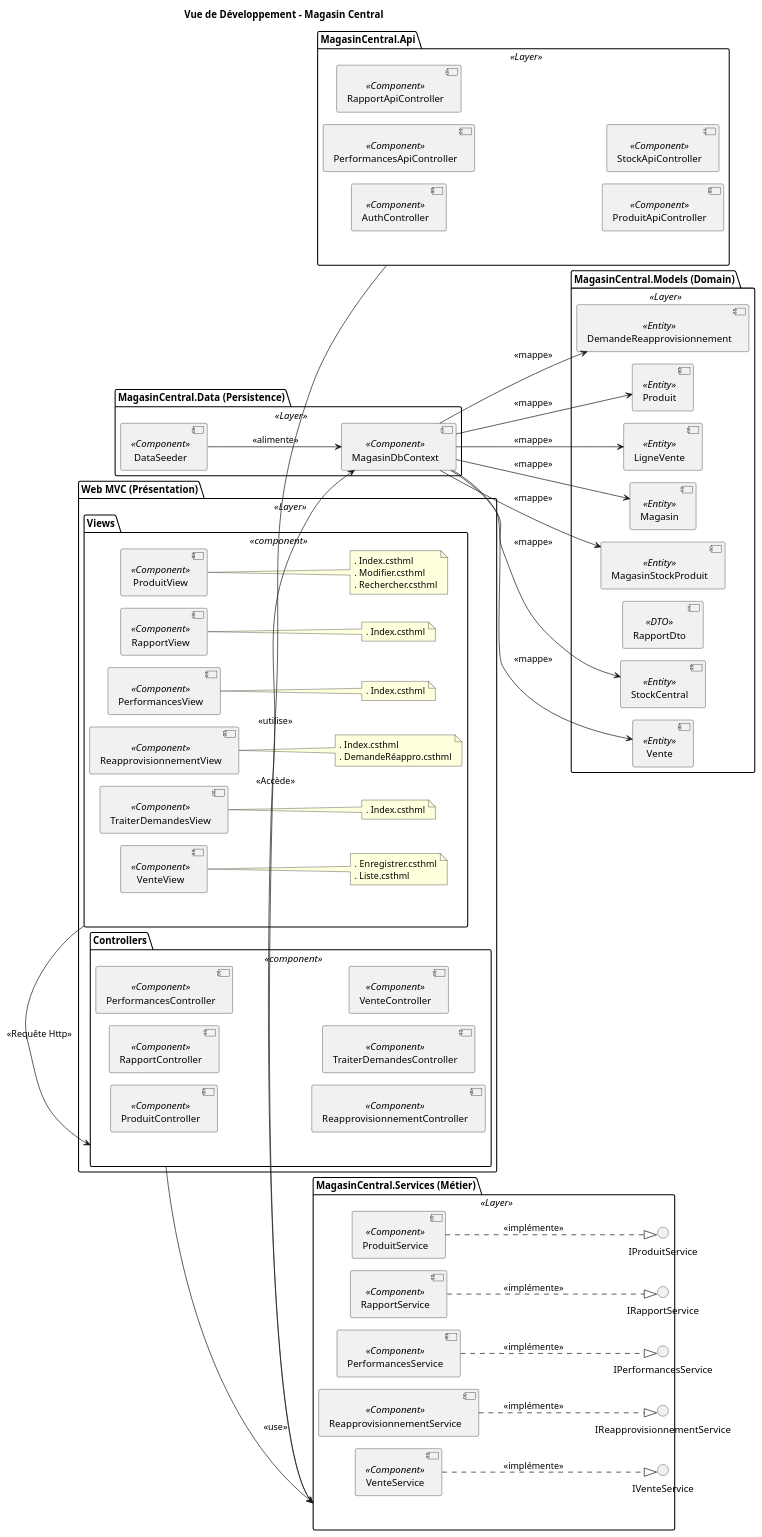
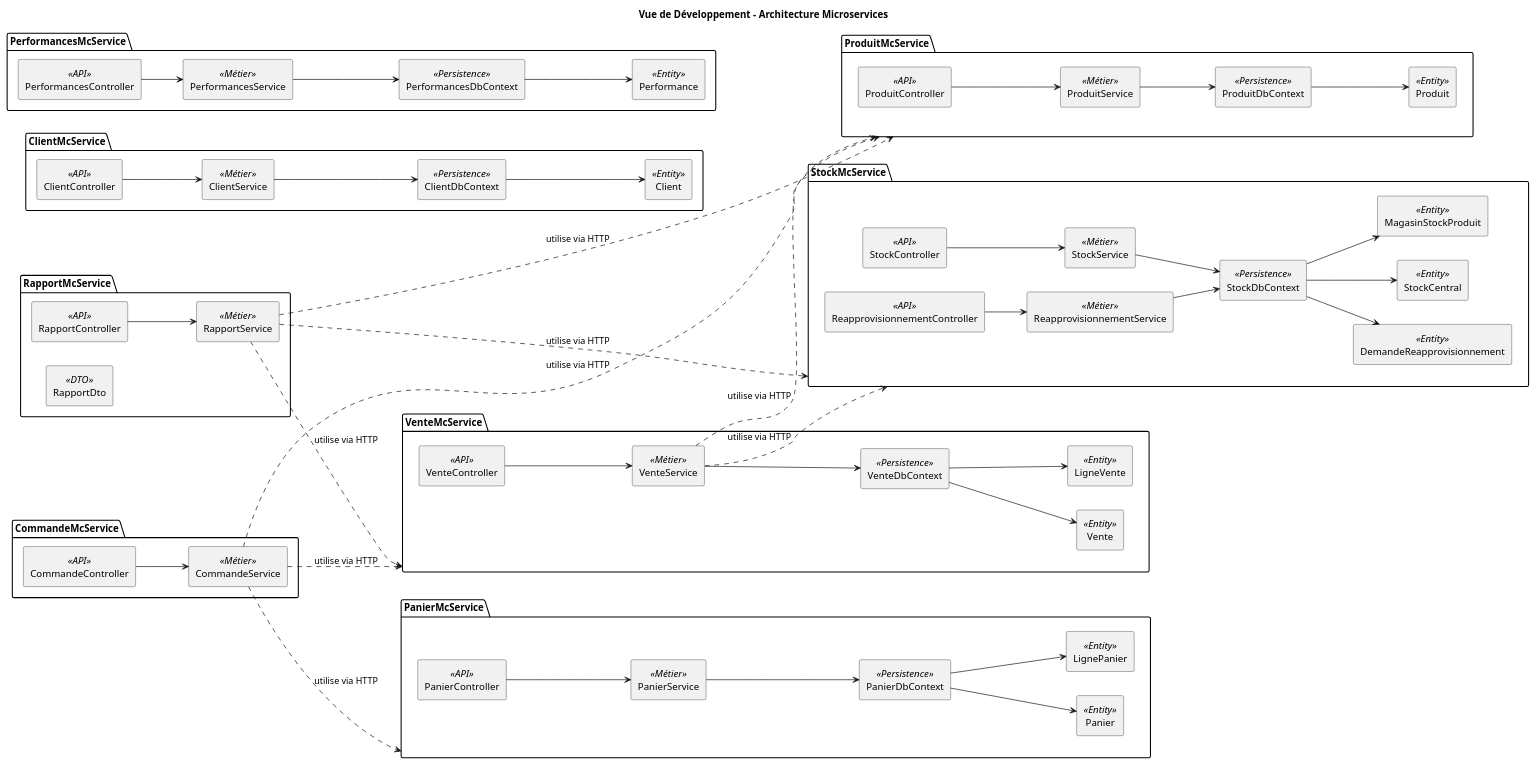
The diagram in docs/UML/Developpement/VueDevelopement.puml (itsahmed98/log430-lab3-magasinMVC-api), drawn with PlantUML before and after one commit. The commit also changed 27 other files, not shown here.

Commit message:
Faire les diagrammes 4+1

```diff
--- a/docs/UML/Developpement/VueDevelopement.puml
+++ b/docs/UML/Developpement/VueDevelopement.puml
@@ -1,118 +1,112 @@
-@startuml VueDéveloppement_MagasinCentral
-title Vue de Développement - Magasin Central
-!pragma layout smetana
+@startuml VueDeDéveloppement_Microservices
+title Vue de Développement - Architecture Microservices
+
 left to right direction
-
-skinparam component {
-  horizontalSpacing 40
-  verticalSpacing 30
-}
+skinparam componentStyle rectangle
 skinparam package {
-  padding 20
+  padding 15
 }
 
-package "Web MVC (Présentation)" as WebMVC <<Layer>> {
-  package "Views" as view <<component>> {
-    [ProduitView] <<Component>>
-      note right of [ProduitView]
-        . Index.csthml
-        . Modifier.csthml
-        . Rechercher.csthml
-      end note
-    [RapportView] <<Component>>
-      note right of [RapportView]
-        . Index.csthml
-      end note
-    [PerformancesView] <<Component>>
-      note right of [PerformancesView]
-        . Index.csthml
-      end note
-    [ReapprovisionnementView] <<Component>>
-      note right of [ReapprovisionnementView]
-        . Index.csthml
-        . DemandeRéappro.csthml
-      end note
-    [TraiterDemandesView] <<Component>>
-      note right of [TraiterDemandesView]
-        . Index.csthml
-      end note
-    [VenteView] <<Component>>
-      note right of [VenteView]
-        . Enregistrer.csthml
-        . Liste.csthml
-      end note
-  }
+package "ProduitMcService" {
+  [ProduitController] <<API>>
+  [ProduitService] <<Métier>>
+  [ProduitDbContext] <<Persistence>>
+  [Produit] <<Entity>>
 
-  package "Controllers" as controller <<component>> {
-    [ProduitController] <<Component>>
-    [RapportController] <<Component>>
-    [PerformancesController] <<Component>>
-    [ReapprovisionnementController] <<Component>>
-    [TraiterDemandesController] <<Component>>
-    [VenteController] <<Component>>
-  }
+  ProduitController --> ProduitService
+  ProduitService --> ProduitDbContext
+  ProduitDbContext --> Produit
 }
 
-package "MagasinCentral.Services (Métier)" as Services <<Layer>> {
-  interface IProduitService
-  interface IRapportService
-  interface IPerformancesService
-  interface IReapprovisionnementService
-  interface IVenteService
+package "VenteMcService" {
+  [VenteController] <<API>>
+  [VenteService] <<Métier>>
+  [VenteDbContext] <<Persistence>>
+  [Vente] <<Entity>>
+  [LigneVente] <<Entity>>
 
-  [ProduitService] <<Component>>
-  [RapportService] <<Component>>
-  [PerformancesService] <<Component>>
-  [ReapprovisionnementService] <<Component>>
-  [VenteService] <<Component>>
+  VenteController --> VenteService
+  VenteService --> VenteDbContext
+  VenteDbContext --> Vente
+  VenteDbContext --> LigneVente
 }
 
-package "MagasinCentral.Data (Persistence)" as Contexte <<Layer>> {
-  [MagasinDbContext] <<Component>>
-  [DataSeeder] <<Component>>
+package "StockMcService" {
+  [StockController] <<API>>
+  [ReapprovisionnementController] <<API>>
+  [StockService] <<Métier>>
+  [ReapprovisionnementService] <<Métier>>
+  [StockDbContext] <<Persistence>>
+  [StockCentral] <<Entity>>
+  [MagasinStockProduit] <<Entity>>
+  [DemandeReapprovisionnement] <<Entity>>
+
+  StockController --> StockService
+  ReapprovisionnementController --> ReapprovisionnementService
+  StockService --> StockDbContext
+  ReapprovisionnementService --> StockDbContext
+  StockDbContext --> StockCentral
+  StockDbContext --> MagasinStockProduit
+  StockDbContext --> DemandeReapprovisionnement
 }
 
-package "MagasinCentral.Models (Domain)" as Models <<Layer>> {
-  [DemandeReapprovisionnement] <<Entity>>
-  [Produit] <<Entity>>
-  [LigneVente] <<Entity>>
-  [Magasin] <<Entity>>
-  [MagasinStockProduit] <<Entity>>
-  [RapportDto] <<DTO>>
-  [StockCentral] <<Entity>>
-  [Vente] <<Entity>>
+package "ClientMcService" {
+  [ClientController] <<API>>
+  [ClientService] <<Métier>>
+  [ClientDbContext] <<Persistence>>
+  [Client] <<Entity>>
+
+  ClientController --> ClientService
+  ClientService --> ClientDbContext
+  ClientDbContext --> Client
 }
 
-package "MagasinCentral.Api" as API <<Layer>> {
-  [AuthController] <<Component>>
-  [PerformancesApiController] <<Component>>
-  [RapportApiController] <<Component>>
-  [ProduitApiController] <<Component>>
-  [StockApiController] <<Component>>
+package "PanierMcService" {
+  [PanierController] <<API>>
+  [PanierService] <<Métier>>
+  [PanierDbContext] <<Persistence>>
+  [Panier] <<Entity>>
+  [LignePanier] <<Entity>>
+
+  PanierController --> PanierService
+  PanierService --> PanierDbContext
+  PanierDbContext --> Panier
+  PanierDbContext --> LignePanier
 }
 
-controller --> Services : <<use>>
-view -> controller : <<Requête Http>>
+package "CommandeMcService" {
+  [CommandeController] <<API>>
+  [CommandeService] <<Métier>>
 
-[ProduitService] ..|> IProduitService : <<implémente>>
-[RapportService] ..|> IRapportService : <<implémente>>
-[PerformancesService] ..|> IPerformancesService : <<implémente>>
-[ReapprovisionnementService] ..|> IReapprovisionnementService : <<implémente>>
-[VenteService] ..|> IVenteService : <<implémente>>
+  CommandeController --> CommandeService
+  CommandeService ..> ProduitMcService : utilise via HTTP
+  CommandeService ..> PanierMcService : utilise via HTTP
+  CommandeService ..> VenteMcService : utilise via HTTP
+}
 
-Services -> MagasinDbContext : <<Accède>>
+package "RapportMcService" {
+  [RapportController] <<API>>
+  [RapportService] <<Métier>>
+  [RapportDto] <<DTO>>
 
-MagasinDbContext --> DemandeReapprovisionnement : <<mappe>>
-MagasinDbContext --> Produit : <<mappe>>
-MagasinDbContext --> LigneVente : <<mappe>>
-MagasinDbContext --> Magasin : <<mappe>>
-MagasinDbContext --> MagasinStockProduit : <<mappe>>
-MagasinDbContext --> StockCentral : <<mappe>>
-MagasinDbContext --> Vente : <<mappe>>
+  RapportController --> RapportService
+  RapportService ..> ProduitMcService : utilise via HTTP
+  RapportService ..> VenteMcService : utilise via HTTP
+  RapportService ..> StockMcService : utilise via HTTP
+}
 
-DataSeeder --> MagasinDbContext : <<alimente>>
+package "PerformancesMcService" {
+  [PerformancesController] <<API>>
+  [PerformancesService] <<Métier>>
+  [PerformancesDbContext] <<Persistence>>
+  [Performance] <<Entity>>
 
-API -> Services : <<utilise>>
+  PerformancesController --> PerformancesService
+  PerformancesService --> PerformancesDbContext
+  PerformancesDbContext --> Performance
+}
 
+VenteService ..> StockMcService : utilise via HTTP
+VenteService ..> ProduitMcService : utilise via HTTP
 
 @enduml
```
